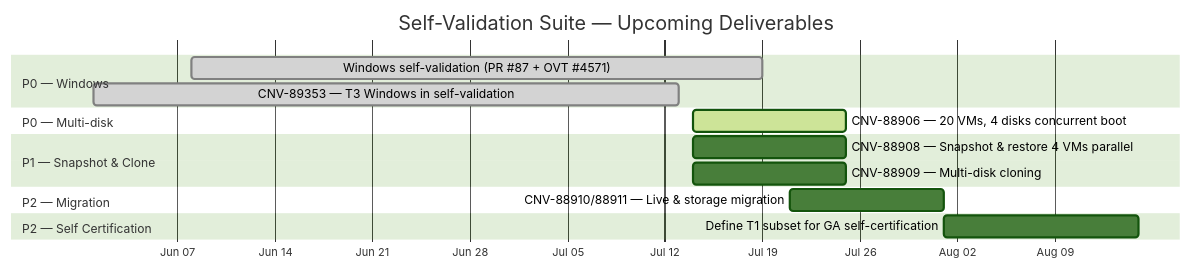
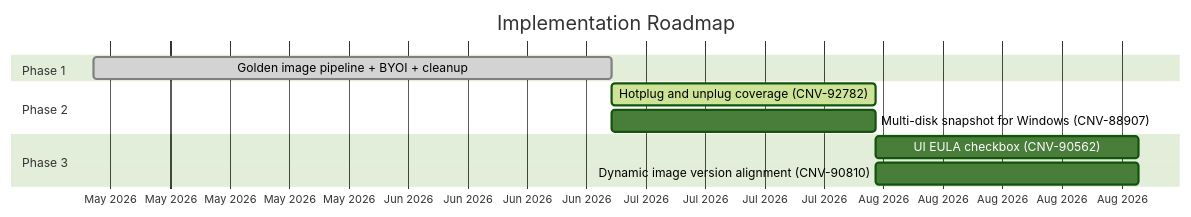
The third of 3 diagrams in docs/WINDOWS_GOLDEN_IMAGE_DESIGN.md (Ahmad-Hafe/ocp-virt-validation-checkup), drawn with Mermaid (forest theme) before and after one commit. The commit also changed other lines of this file, not shown here.

First line of the commit message:
docs: add alternatives, test plan, and implementation phases to design doc

````diff
--- a/docs/WINDOWS_GOLDEN_IMAGE_DESIGN.md
+++ b/docs/WINDOWS_GOLDEN_IMAGE_DESIGN.md
@@ -617,23 +187,17 @@
 ```mermaid
 gantt
-    title Self-Validation Suite — Upcoming Deliverables
-    dateFormat  YYYY-MM-DD
-    axisFormat  %b %d
+    title Implementation Roadmap
+    dateFormat YYYY-MM
+    axisFormat %b %Y
 
-    section P0 — Windows
-    Windows self-validation (PR #87 + OVT #4571)    :done,    win,   2026-06-08, 2026-07-19
-    CNV-89353 — T3 Windows in self-validation        :done,    t3w,   2026-06-01, 2026-07-13
+    section Phase 1
+    Golden image pipeline + BYOI + cleanup           :done, p1, 2026-05, 2026-07
 
-    section P0 — Multi-disk
-    CNV-88906 — 20 VMs, 4 disks concurrent boot      :active,  md1,   2026-07-14, 2026-07-25
+    section Phase 2
+    Hotplug and unplug coverage (CNV-92782)           :active, p2, 2026-07, 2026-08
+    Multi-disk snapshot for Windows (CNV-88907)        :p3, 2026-07, 2026-08
 
-    section P1 — Snapshot & Clone
-    CNV-88908 — Snapshot & restore 4 VMs parallel     :         snap,  2026-07-14, 2026-07-25
-    CNV-88909 — Multi-disk cloning                    :         clon,  2026-07-14, 2026-07-25
-
-    section P2 — Migration
-    CNV-88910/88911 — Live & storage migration        :         mig,   2026-07-21, 2026-08-01
-
-    section P2 — Self Certification
-    Define T1 subset for GA self-certification        :         cert,  2026-08-01, 2026-08-15
+    section Phase 3
+    UI EULA checkbox (CNV-90562)                       :p4, 2026-08, 2026-09
+    Dynamic image version alignment (CNV-90810)        :p5, 2026-08, 2026-09
 ```
````
